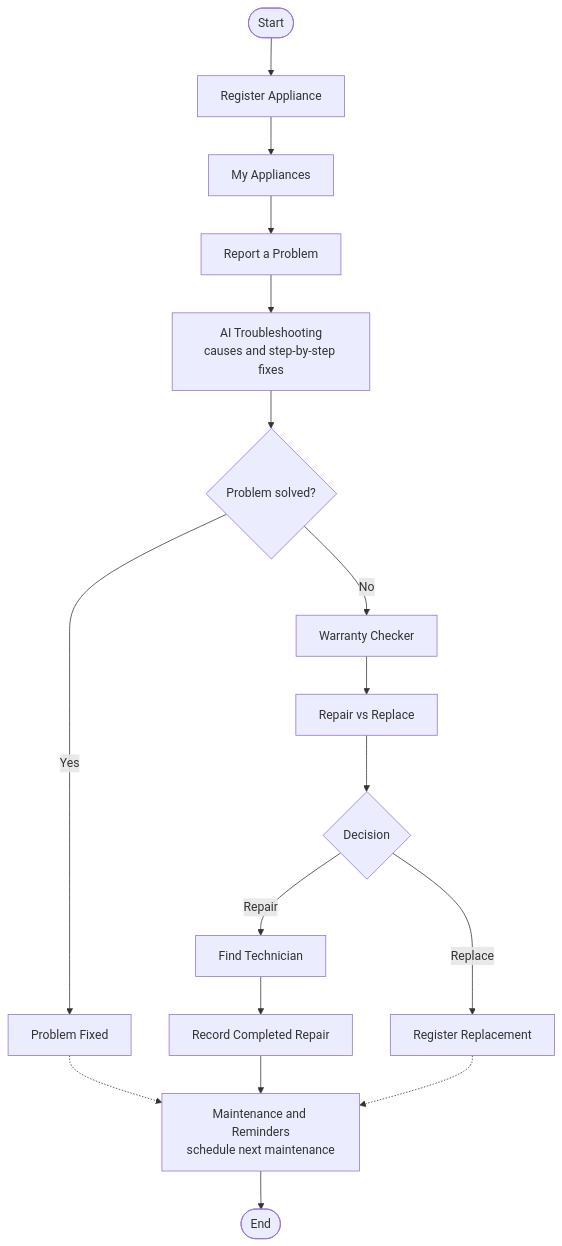
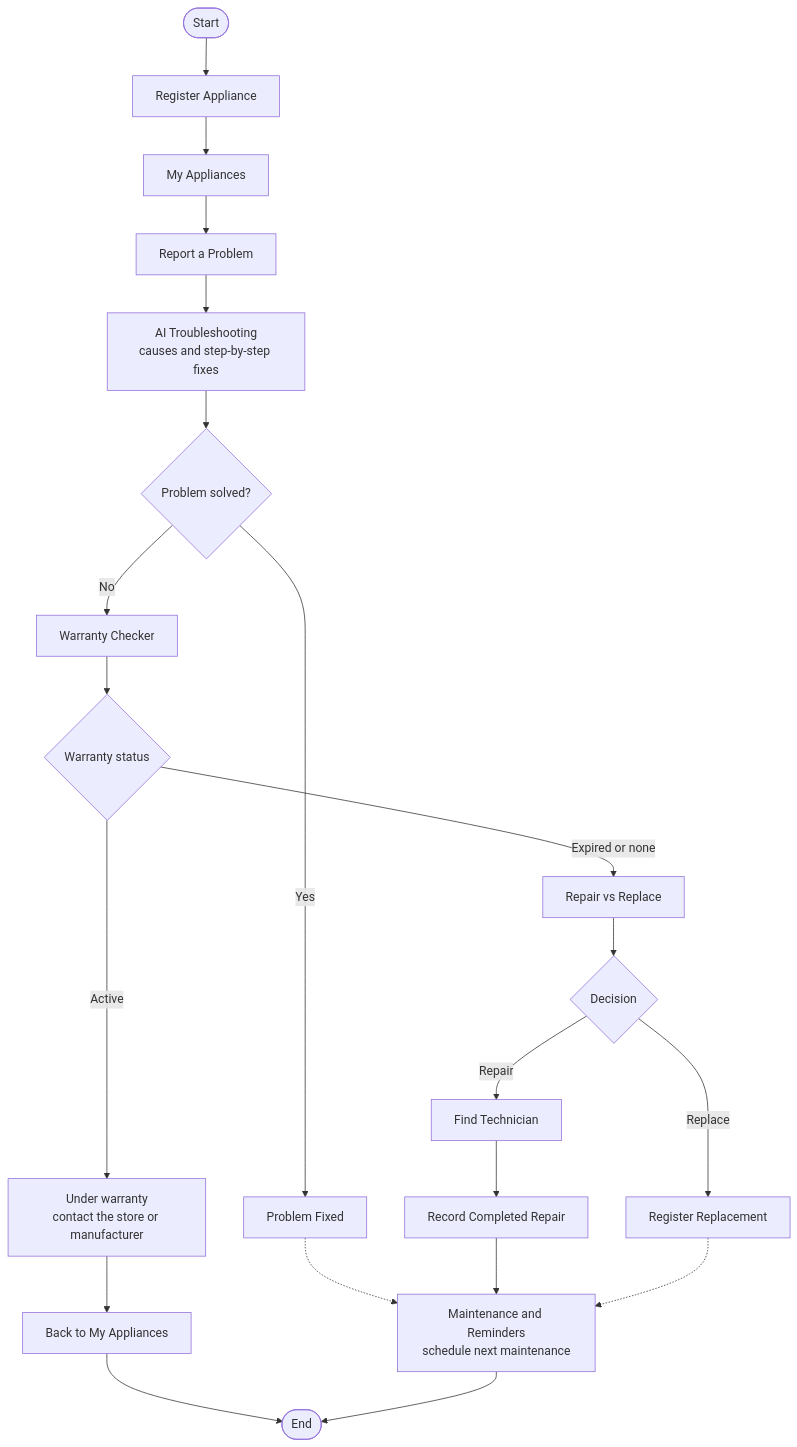
The diagram in README.md (Govinder-1992/ClueNest-AI), drawn with Mermaid before and after one commit. The commit also changed other lines of this file, not shown here.

Commit message:
Update README workflow flowchart with the active-warranty branch

````diff
--- a/README.md
+++ b/README.md
@@ -55,19 +55,23 @@
 ```mermaid
 flowchart TD
     A([Start]) --> B[Register Appliance]
     B --> C[My Appliances]
     C --> D[Report a Problem]
     D --> E[AI Troubleshooting<br/>causes and step-by-step fixes]
     E --> F{Problem solved?}
     F -- Yes --> G[Problem Fixed]
     G -.-> M
     F -- No --> H[Warranty Checker]
-    H --> I[Repair vs Replace]
+    H --> W{Warranty status}
+    W -- Active --> X[Under warranty<br/>contact the store or manufacturer]
+    X --> Y[Back to My Appliances]
+    Y --> O
+    W -- Expired or none --> I[Repair vs Replace]
     I --> J{Decision}
     J -- Repair --> K[Find Technician]
     K --> L[Record Completed Repair]
     L --> M[Maintenance and Reminders<br/>schedule next maintenance]
     J -- Replace --> N[Register Replacement]
     N -.-> M
     M --> O([End])
 ```
````
